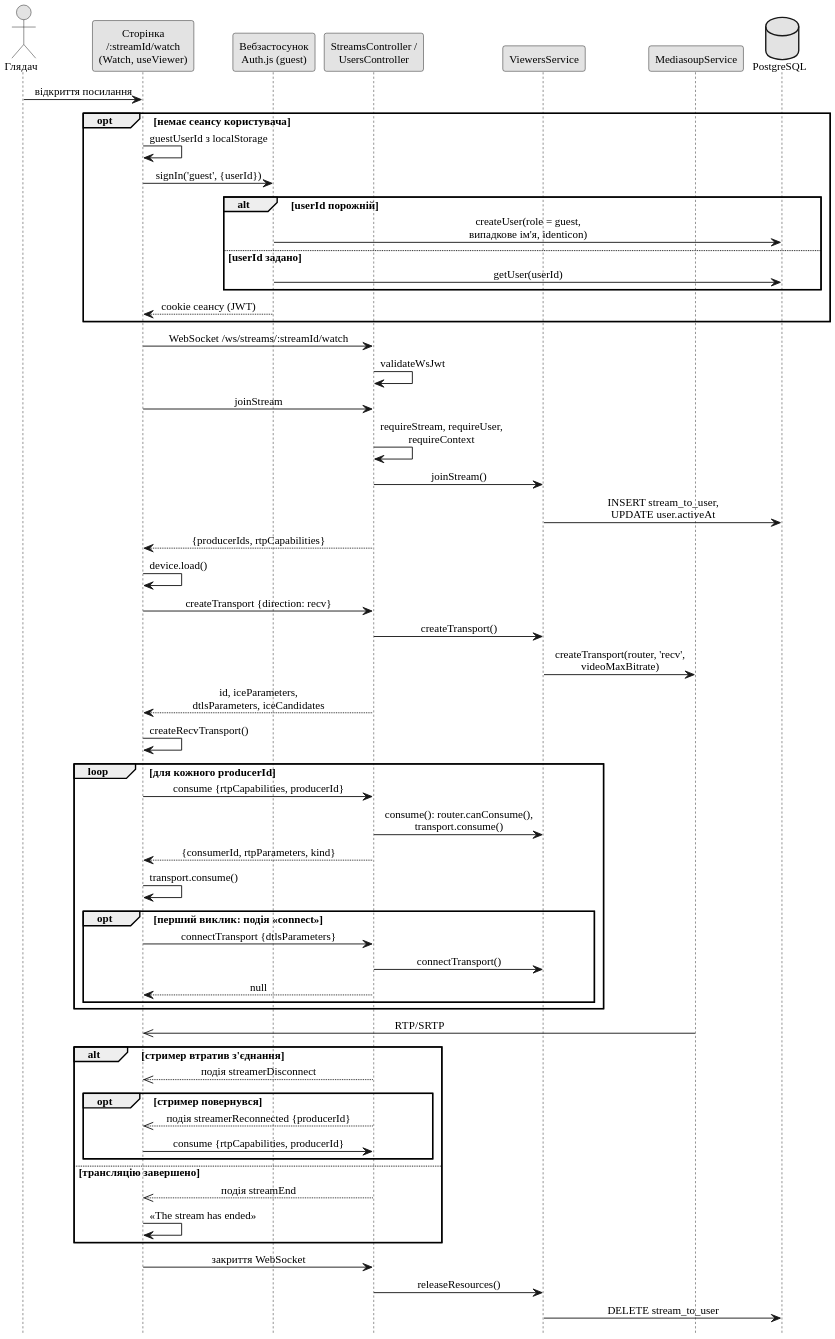
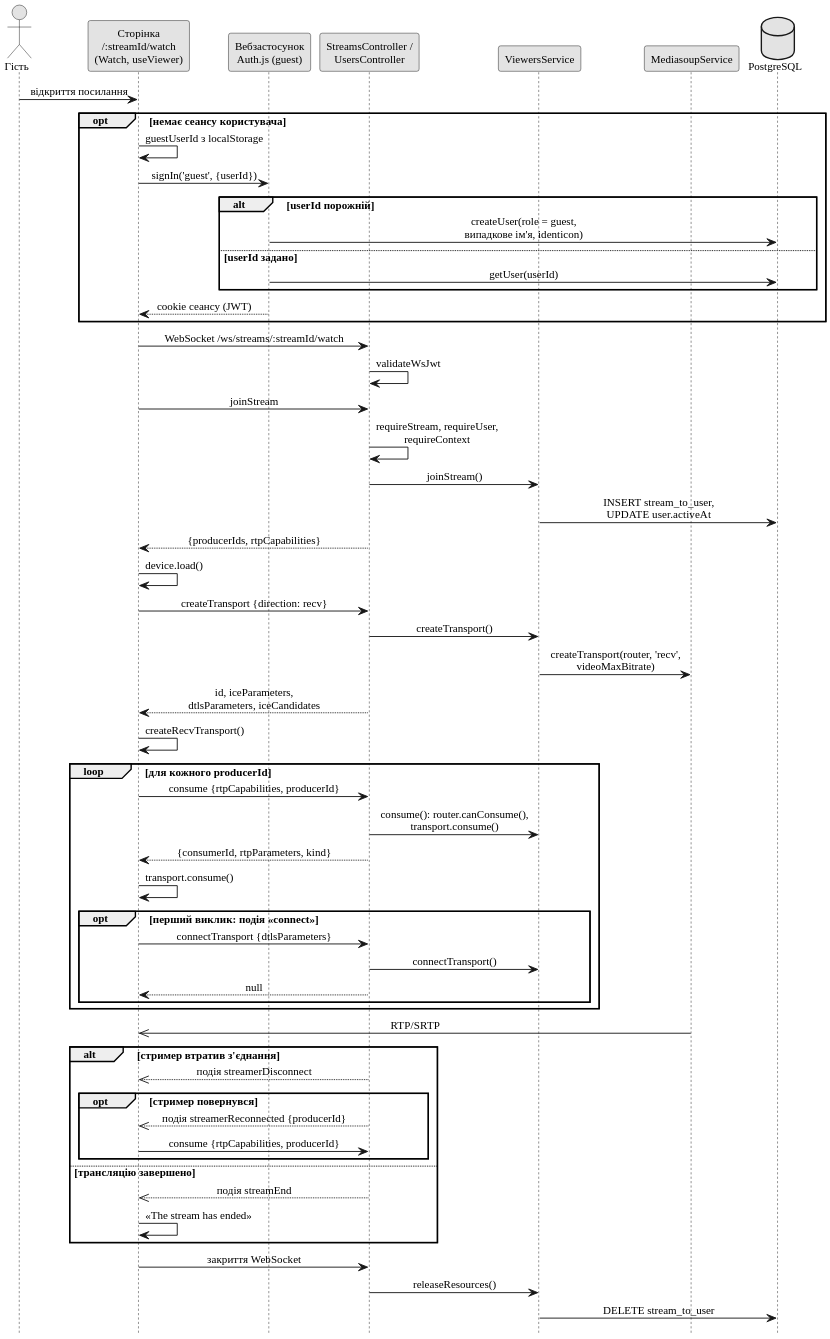
Before and after one commit to Nikitos1926/stream-share: the diagram in thesis/diagrams/fig-seq-watch.puml, drawn with PlantUML. The commit also changed 18 other files, not shown here.

```diff
--- a/thesis/diagrams/fig-seq-watch.puml
+++ b/thesis/diagrams/fig-seq-watch.puml
@@ -1,73 +1,73 @@
 @startuml
 !pragma layout smetana
 skinparam defaultFontName "Liberation Serif"
 skinparam dpi 200
 skinparam shadowing false
 skinparam monochrome true
 skinparam defaultFontSize 12
 skinparam sequenceMessageAlign center
 hide footbox
 
-actor "Глядач" as U
+actor "Гість" as U
 participant "Сторінка\n/:streamId/watch\n(Watch, useViewer)" as P
 participant "Вебзастосунок\nAuth.js (guest)" as A
 participant "StreamsController /\nUsersController" as C
 participant "ViewersService" as VS
 participant "MediasoupService" as MS
 database "PostgreSQL" as DB
 
 U -> P : відкриття посилання
 opt немає сеансу користувача
   P -> P : guestUserId з localStorage
   P -> A : signIn('guest', {userId})
   alt userId порожній
     A -> DB : createUser(role = guest,\nвипадкове ім'я, identicon)
   else userId задано
     A -> DB : getUser(userId)
   end
   A --> P : cookie сеансу (JWT)
 end
 
 P -> C : WebSocket /ws/streams/:streamId/watch
 C -> C : validateWsJwt
 P -> C : joinStream
 C -> C : requireStream, requireUser,\nrequireContext
 C -> VS : joinStream()
 VS -> DB : INSERT stream_to_user,\nUPDATE user.activeAt
 C --> P : {producerIds, rtpCapabilities}
 P -> P : device.load()
 
 P -> C : createTransport {direction: recv}
 C -> VS : createTransport()
 VS -> MS : createTransport(router, 'recv',\nvideoMaxBitrate)
 C --> P : id, iceParameters,\ndtlsParameters, iceCandidates
 P -> P : createRecvTransport()
 
 loop для кожного producerId
   P -> C : consume {rtpCapabilities, producerId}
   C -> VS : consume(): router.canConsume(),\ntransport.consume()
   C --> P : {consumerId, rtpParameters, kind}
   P -> P : transport.consume()
   opt перший виклик: подія «connect»
     P -> C : connectTransport {dtlsParameters}
     C -> VS : connectTransport()
     C --> P : null
   end
 end
 MS ->> P : RTP/SRTP
 
 alt стример втратив з'єднання
   C -->> P : подія streamerDisconnect
   opt стример повернувся
     C -->> P : подія streamerReconnected {producerId}
     P -> C : consume {rtpCapabilities, producerId}
   end
 else трансляцію завершено
   C -->> P : подія streamEnd
   P -> P : «The stream has ended»
 end
 
 P -> C : закриття WebSocket
 C -> VS : releaseResources()
 VS -> DB : DELETE stream_to_user
 @enduml
```
